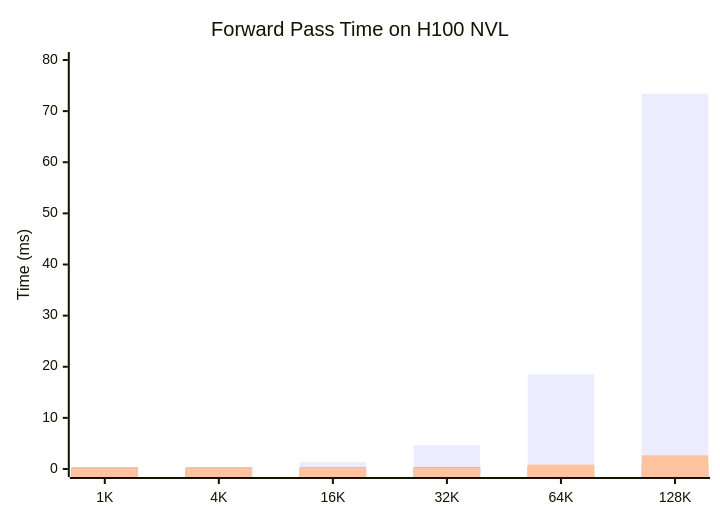
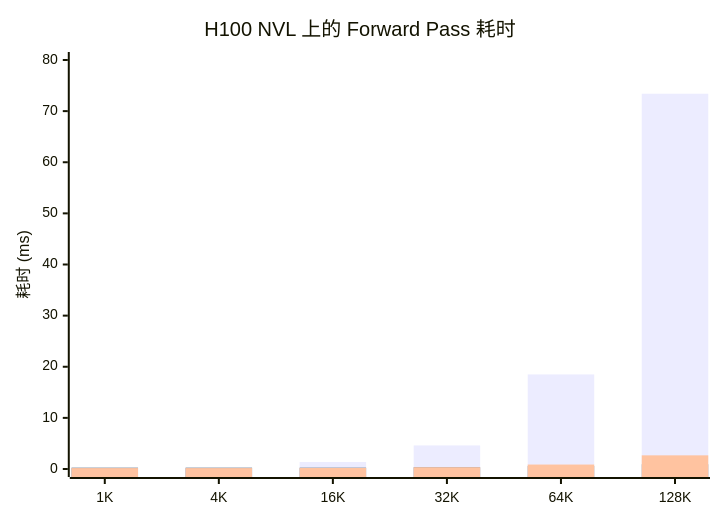
Before and after one commit to david-xinyuwei/david-share: the diagram in DL-Algorithm-Insights/Long-Context-Efficient-Attention/README-CN.md, drawn with Mermaid. The commit also changed other lines of this file and 1 other file, not shown here.

````diff
--- a/DL-Algorithm-Insights/Long-Context-Efficient-Attention/README-CN.md
+++ b/DL-Algorithm-Insights/Long-Context-Efficient-Attention/README-CN.md
@@ -335,9 +326,9 @@
 ```mermaid
 xychart-beta
-    title "Forward Pass Time on H100 NVL"
+    title "H100 NVL 上的 Forward Pass 耗时"
     x-axis ["1K", "4K", "16K", "32K", "64K", "128K"]
-    y-axis "Time (ms)" 0 --> 80
-    bar "Standard MHA" [0.12, 0.22, 1.37, 4.61, 18.5, 73.4]
+    y-axis "耗时 (ms)" 0 --> 80
+    bar "标准 MHA" [0.12, 0.22, 1.37, 4.61, 18.5, 73.4]
     bar "CSA (m=4)" [0.28, 0.28, 0.28, 0.36, 0.58, 0.93]
     bar "HCA (m=64)" [0.18, 0.18, 0.20, 0.34, 0.87, 2.67]
 ```
````
